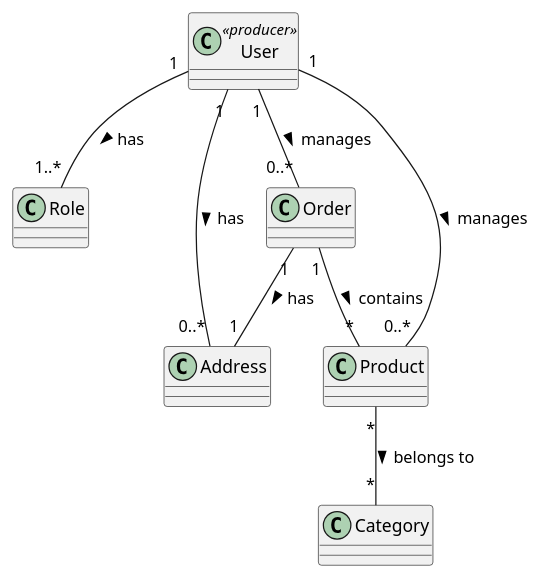
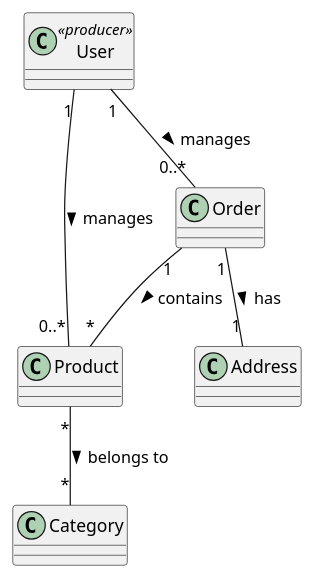
One commit to bruflor/comercio-vizinho changed the diagram in docs/diagrams/classes/UserProducerRelations.puml. Above: the diagram before and after it, drawn with PlantUML. The commit also changed 2 other files, not shown here.

Commit message:
removing relations of role that is already on user class

```diff
--- a/docs/diagrams/classes/UserProducerRelations.puml
+++ b/docs/diagrams/classes/UserProducerRelations.puml
@@ -1,26 +1,19 @@
 @startuml
 class User <<producer>> {}
-class Role {}
 class Address {}
 
 ' Product Classes
 class Product {}
 class Category {}
 
 ' Order Classes
 class Order {}
 
-
-' User-Role Relationship
-User "1" -- "1..*" Role : has >
-' User-Address Relationship
-User "1" -- "0..*" Address : has >
-
 ' Associations
 User "1" -- "0..*" Product : manages >
 Product "*" -- "*" Category : belongs to >
 User "1" -- "0..*" Order : manages >
 Order "1" -- "1" Address : has >
 Order "1" -- "*" Product : contains >
 
 @enduml
```
